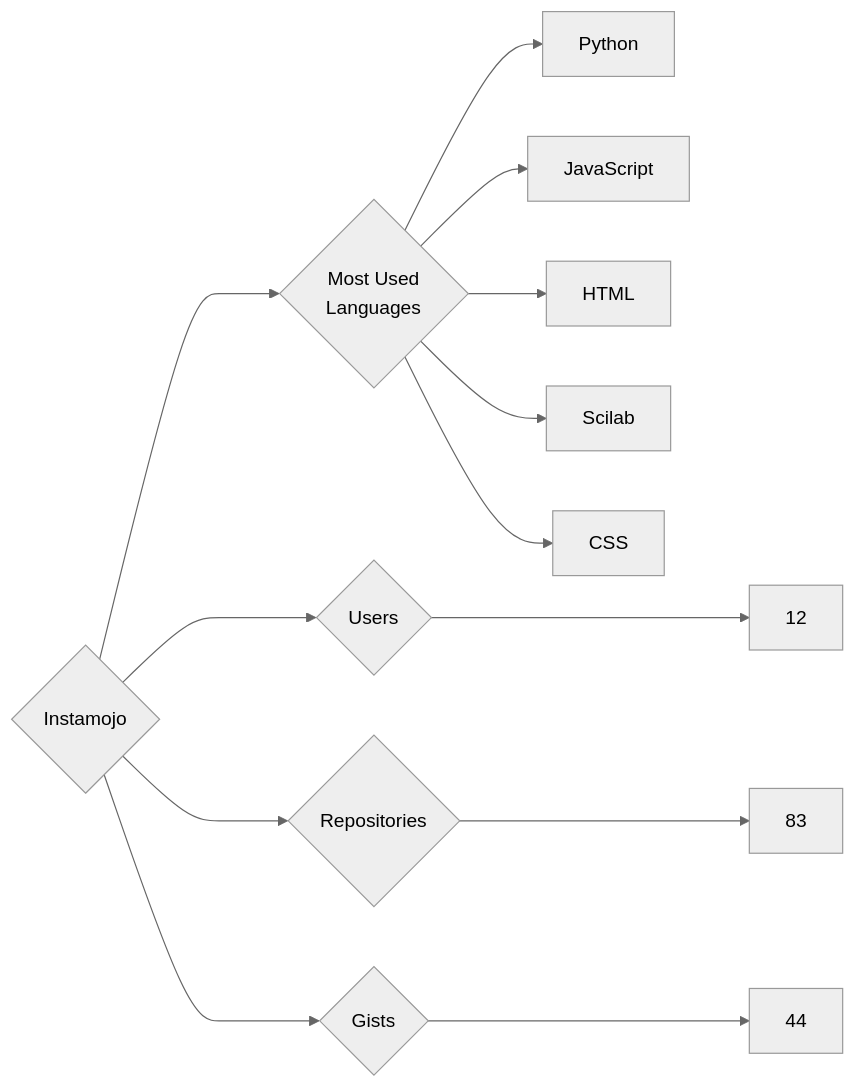
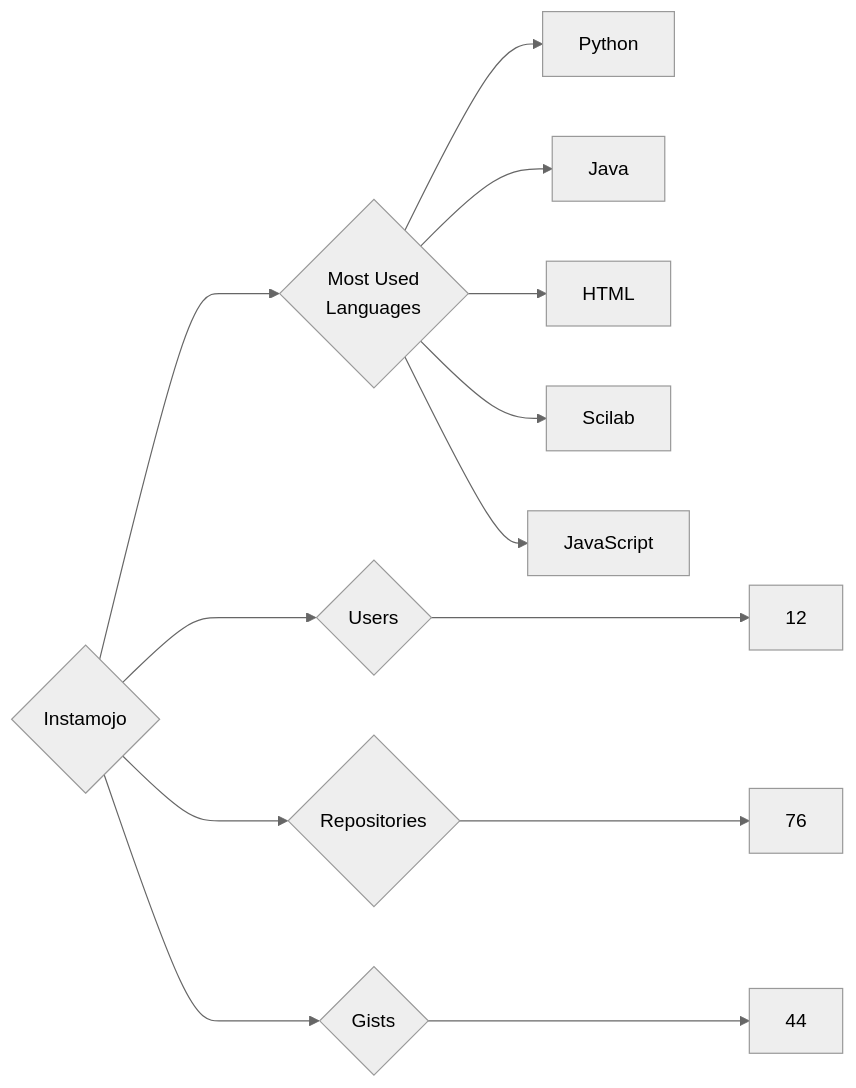
The diagram in targets/Instamojo/README.md (trickest/insiders), drawn with Mermaid (neutral theme) before and after one commit. The commit also changed 953 other files, not shown here.

````diff
--- a/targets/Instamojo/README.md
+++ b/targets/Instamojo/README.md
@@ -3,13 +3,13 @@
 ```mermaid
 graph LR
 COMPANY_NAME{Instamojo}
 COMPANY_NAME ---> U{Users} ---> UN[12]
-COMPANY_NAME ---> R{Repositories} ---> RN[83]
+COMPANY_NAME ---> R{Repositories} ---> RN[76]
 COMPANY_NAME ---> G{Gists} ---> GN[44]
 COMPANY_NAME ---> ML{Most Used<br>Languages}
 ML --> Python[Python]
-ML --> JavaScript[JavaScript]
+ML --> Java[Java]
 ML --> HTML[HTML]
 ML --> Scilab[Scilab]
-ML --> CSS[CSS]
+ML --> JavaScript[JavaScript]
 ```
````
